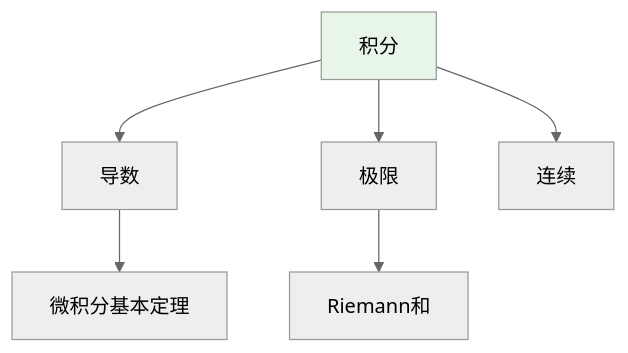
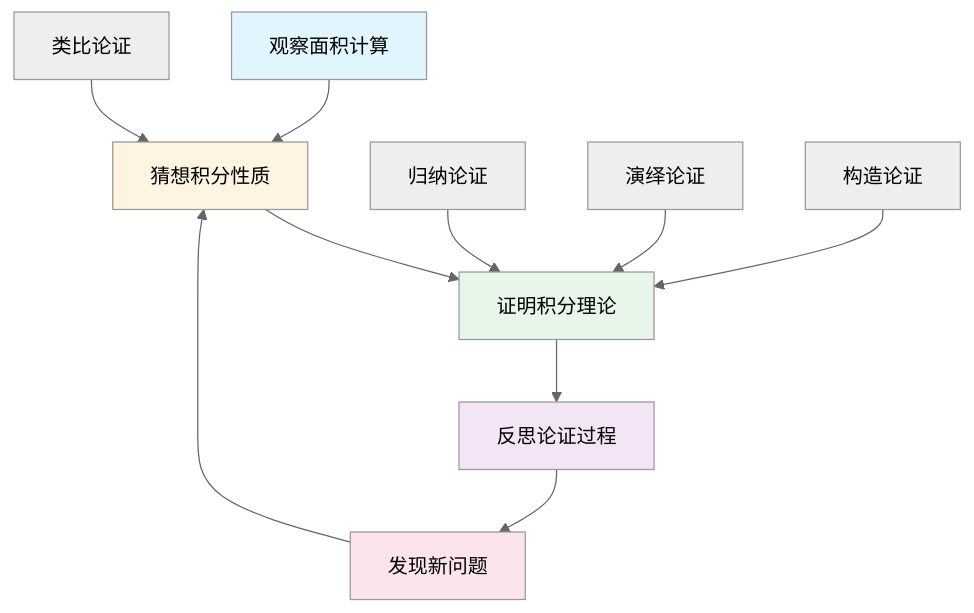
One commit to AdaMartin18010/FormalMath changed the fifth of 10 diagrams in concept/核心概念/16-积分.md. Above: the diagram before and after it, drawn with Mermaid (neutral theme). The commit also changed other lines of this file and 4793 other files, not shown here.

````diff
--- a/concept/核心概念/16-积分.md
+++ b/concept/核心概念/16-积分.md
@@ -701,10 +1506,19 @@
 ```mermaid
 graph TD
-    A[积分] --> B[导数]
-    A --> C[极限]
-    A --> D[连续]
-    B --> E[微积分基本定理]
-    C --> F[Riemann和]
+    A[观察面积计算] --> B[猜想积分性质]
+    B --> C[证明积分理论]
+    C --> D[反思论证过程]
+    D --> E[发现新问题]
+    E --> B
 
-    style A fill:#e8f5e9
+    F[归纳论证] --> C
+    G[演绎论证] --> C
+    H[类比论证] --> B
+    I[构造论证] --> C
+
+    style A fill:#e1f5ff
+    style B fill:#fff4e1
+    style C fill:#e8f5e9
+    style D fill:#f3e5f5
+    style E fill:#fce4ec
 ```
````
